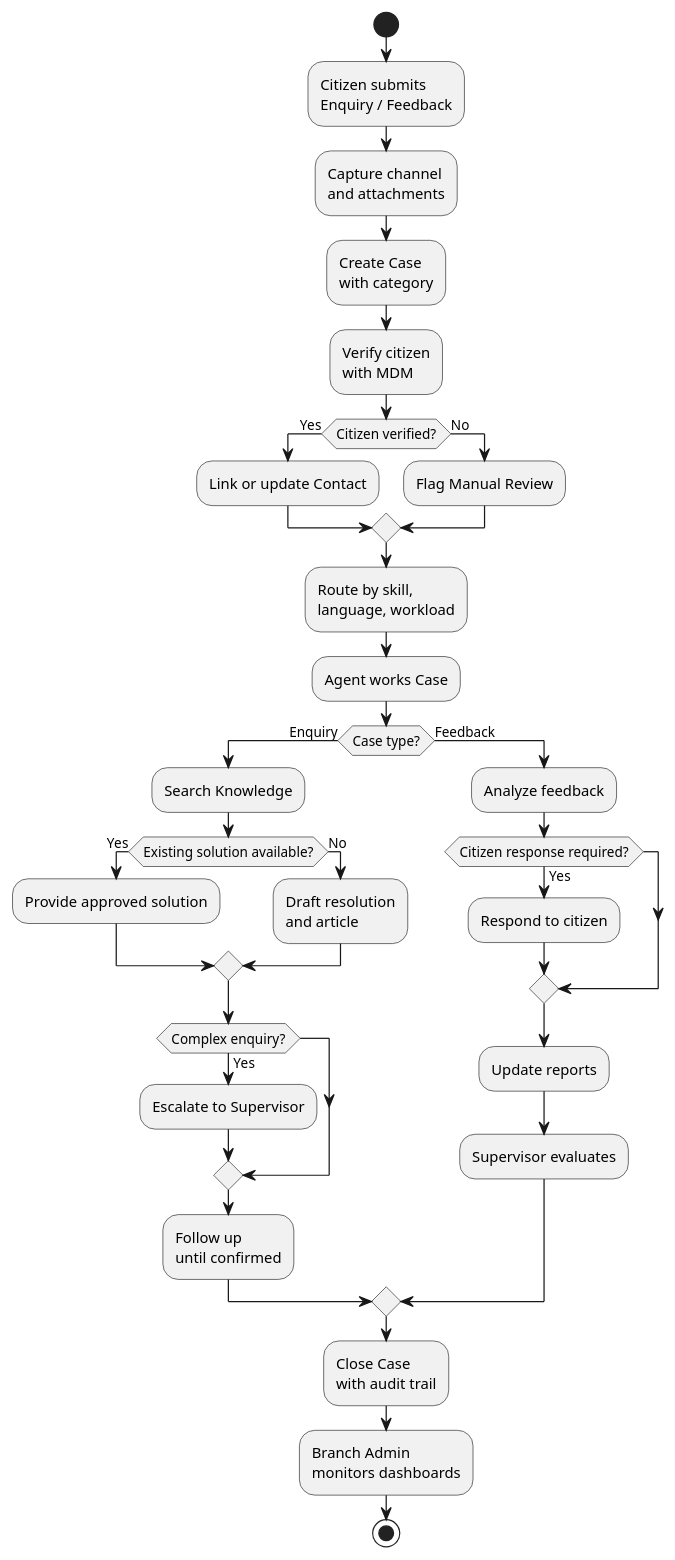
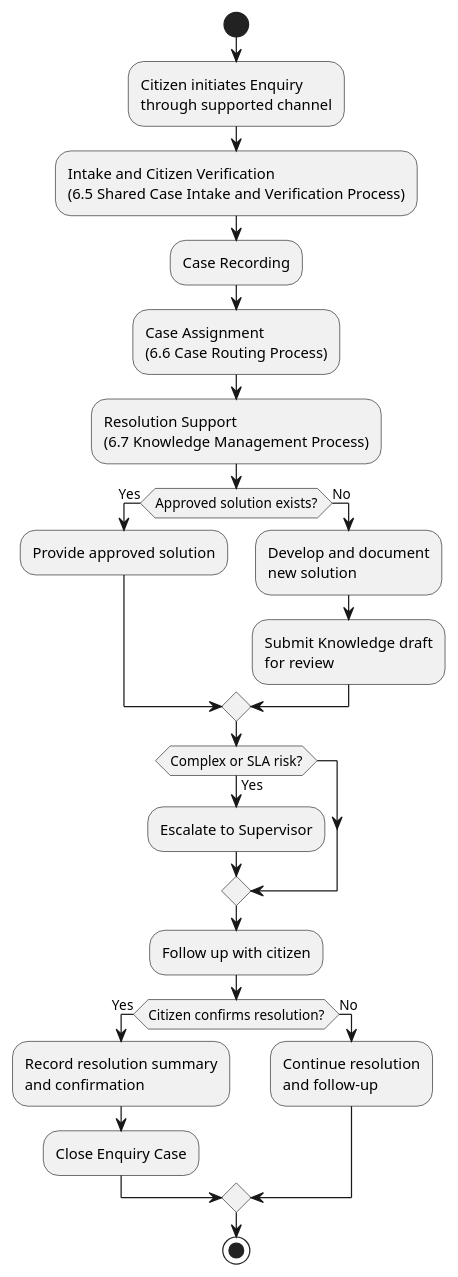
One commit to jimmytobing/virtusa changed the sixth of 26 diagrams in doc/SADD Task 2.md. Above: the diagram before and after it, drawn with PlantUML. The commit also changed other lines of this file and 27 other files, not shown here.

````diff
--- a/doc/SADD Task 2.md
+++ b/doc/SADD Task 2.md
@@ -383,44 +418,41 @@
 ```plantuml
 @startuml
 start
 
-:Citizen submits\nEnquiry / Feedback;
-:Capture channel\nand attachments;
-:Create Case\nwith category;
-:Verify citizen\nwith MDM;
+:Citizen initiates Enquiry
+through supported channel;
+:Intake and Citizen Verification
+(6.5 Shared Case Intake and Verification Process);
+:Case Recording;
+:Case Assignment
+(6.6 Case Routing Process);
+:Resolution Support
+(6.7 Knowledge Management Process);
 
-if (Citizen verified?) then (Yes)
-  :Link or update Contact;
+if (Approved solution exists?) then (Yes)
+  :Provide approved solution;
 else (No)
-  :Flag Manual Review;
+  :Develop and document
+new solution;
+  :Submit Knowledge draft
+for review;
 endif
 
-:Route by skill,\nlanguage, workload;
-:Agent works Case;
-
-if (Case type?) then (Enquiry)
-  :Search Knowledge;
-  if (Existing solution available?) then (Yes)
-    :Provide approved solution;
-  else (No)
-    :Draft resolution\nand article;
-  endif
-  if (Complex enquiry?) then (Yes)
-    :Escalate to Supervisor;
-  endif
-  :Follow up\nuntil confirmed;
-else (Feedback)
-  :Analyze feedback;
-  if (Citizen response required?) then (Yes)
-    :Respond to citizen;
-  endif
-  :Update reports;
-  :Supervisor evaluates;
+if (Complex or SLA risk?) then (Yes)
+  :Escalate to Supervisor;
 endif
 
-:Close Case\nwith audit trail;
-:Branch Admin\nmonitors dashboards;
+:Follow up with citizen;
+
+if (Citizen confirms resolution?) then (Yes)
+  :Record resolution summary
+and confirmation;
+  :Close Enquiry Case;
+else (No)
+  :Continue resolution
+and follow-up;
+endif
 
 stop
 @enduml
 ```
````
